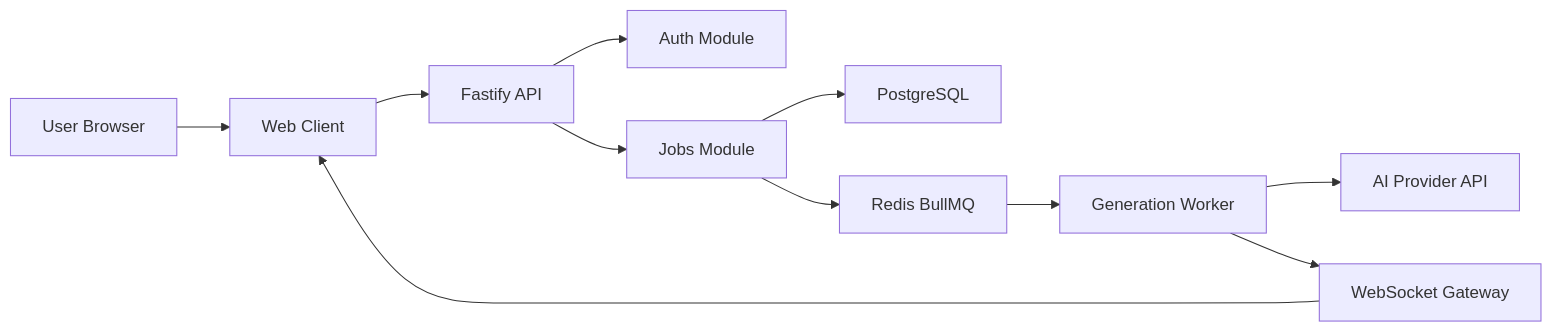
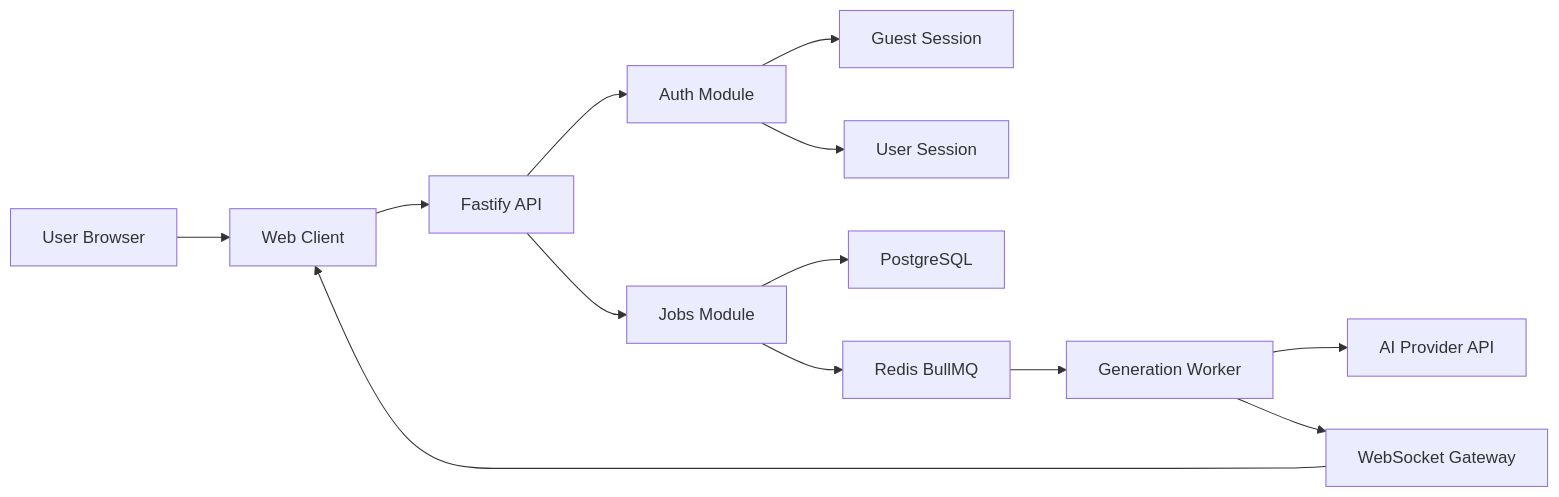
One commit to Kononov-Sergey/sg_bot_mini_app changed the first of 2 diagrams in docs/architecture/web-architecture.md. Above: the diagram before and after it, drawn with Mermaid. The commit also changed other lines of this file, not shown here.

````diff
--- a/docs/architecture/web-architecture.md
+++ b/docs/architecture/web-architecture.md
@@ -43,13 +46,15 @@
 ```mermaid
 flowchart LR
   userClient[User Browser] --> webClient[Web Client]
   webClient --> apiGateway[Fastify API]
   apiGateway --> authModule[Auth Module]
+  authModule --> guestSession[Guest Session]
+  authModule --> userSession[User Session]
   apiGateway --> jobsModule[Jobs Module]
   jobsModule --> postgresDb[PostgreSQL]
   jobsModule --> redisQueue[Redis BullMQ]
   redisQueue --> workerSvc[Generation Worker]
   workerSvc --> providerApi[AI Provider API]
   workerSvc --> wsGateway[WebSocket Gateway]
   wsGateway --> webClient
 ```
````
